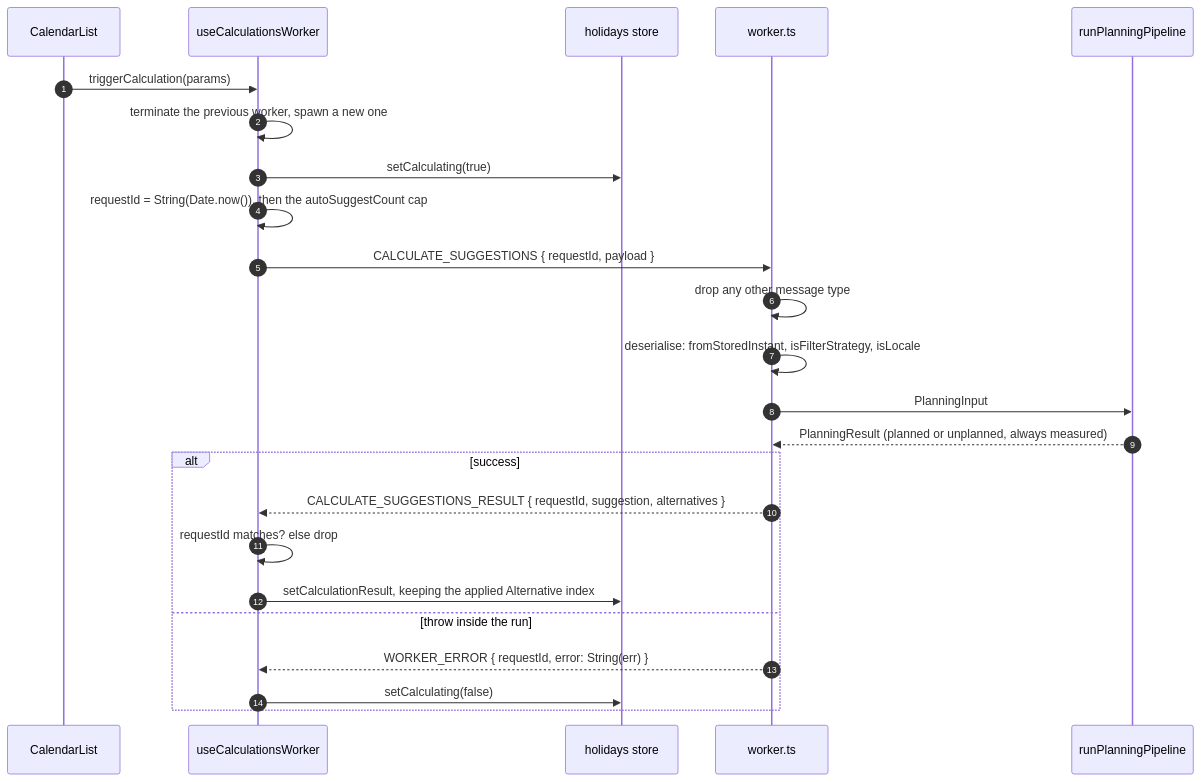
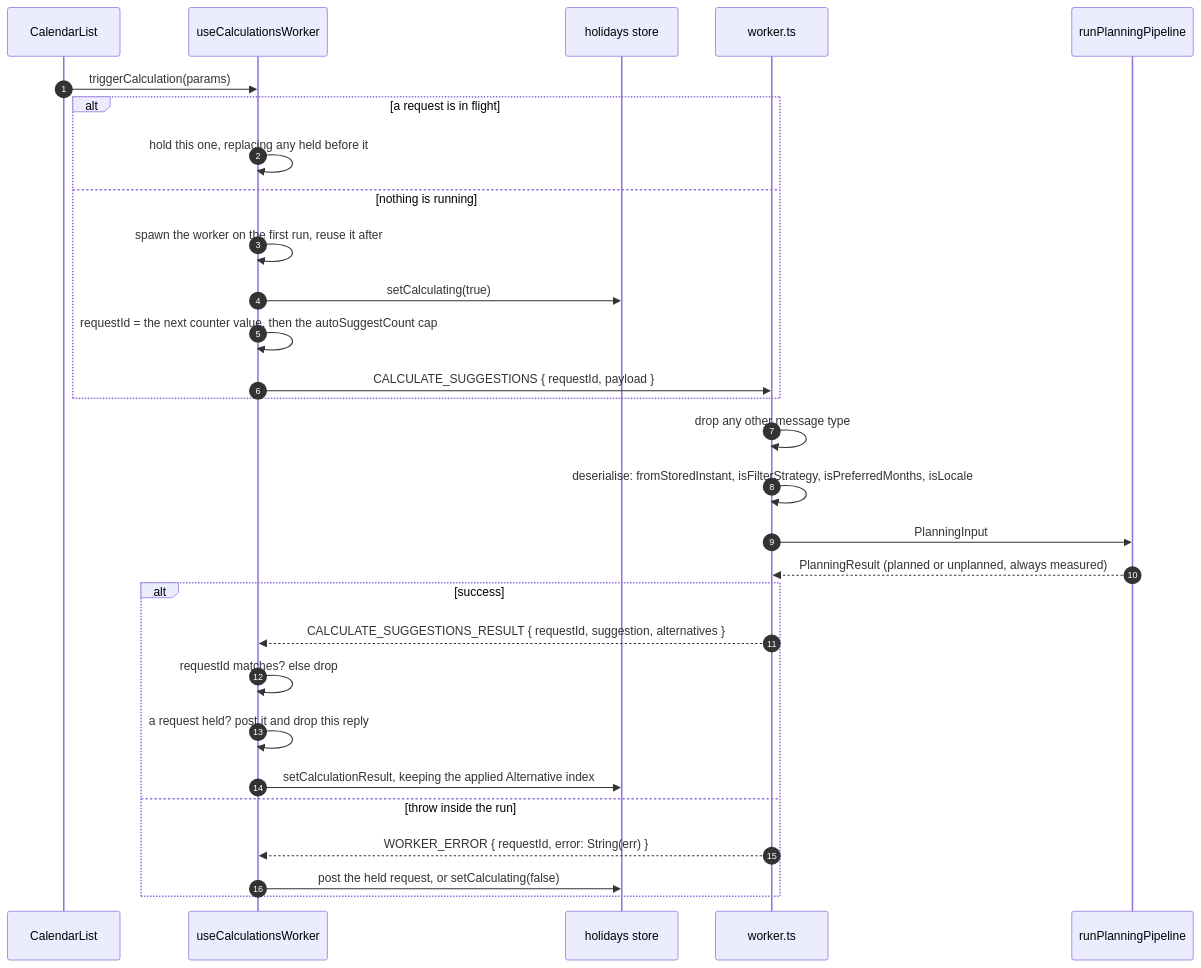
Before and after one commit to fbuireu/forever-pto: the first of 2 diagrams in apps/docs/src/content/docs/how-it-works/calculation-worker.mdx, drawn with Mermaid. The commit also changed other lines of this file and 232 other files, not shown here.

````diff
--- a/apps/docs/src/content/docs/how-it-works/calculation-worker.mdx
+++ b/apps/docs/src/content/docs/how-it-works/calculation-worker.mdx
@@ -16,26 +16,31 @@
 ```mermaid
 sequenceDiagram
   autonumber
   participant CL as CalendarList
   participant HK as useCalculationsWorker
   participant HS as holidays store
   participant WK as worker.ts
   participant PL as runPlanningPipeline
   CL->>HK: triggerCalculation(params)
-  HK->>HK: terminate the previous worker, spawn a new one
-  HK->>HS: setCalculating(true)
-  HK->>HK: requestId = String(Date.now()), then the autoSuggestCount cap
-  HK->>WK: CALCULATE_SUGGESTIONS { requestId, payload }
+  alt a request is in flight
+    HK->>HK: hold this one, replacing any held before it
+  else nothing is running
+    HK->>HK: spawn the worker on the first run, reuse it after
+    HK->>HS: setCalculating(true)
+    HK->>HK: requestId = the next counter value, then the autoSuggestCount cap
+    HK->>WK: CALCULATE_SUGGESTIONS { requestId, payload }
+  end
   WK->>WK: drop any other message type
-  WK->>WK: deserialise: fromStoredInstant, isFilterStrategy, isLocale
+  WK->>WK: deserialise: fromStoredInstant, isFilterStrategy, isPreferredMonths, isLocale
   WK->>PL: PlanningInput
   PL-->>WK: PlanningResult (planned or unplanned, always measured)
   alt success
     WK-->>HK: CALCULATE_SUGGESTIONS_RESULT { requestId, suggestion, alternatives }
     HK->>HK: requestId matches? else drop
+    HK->>HK: a request held? post it and drop this reply
     HK->>HS: setCalculationResult, keeping the applied Alternative index
   else throw inside the run
     WK-->>HK: WORKER_ERROR { requestId, error: String(err) }
-    HK->>HS: setCalculating(false)
+    HK->>HS: post the held request, or setCalculating(false)
   end
 ```
````
